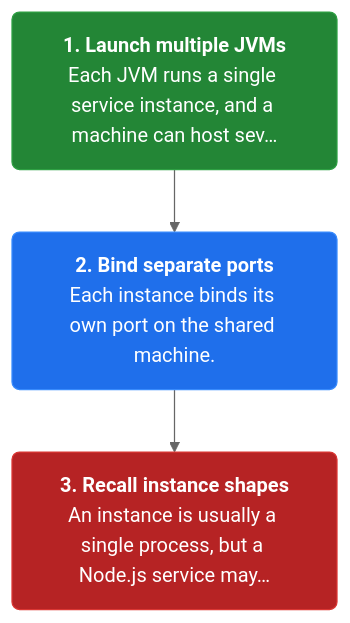
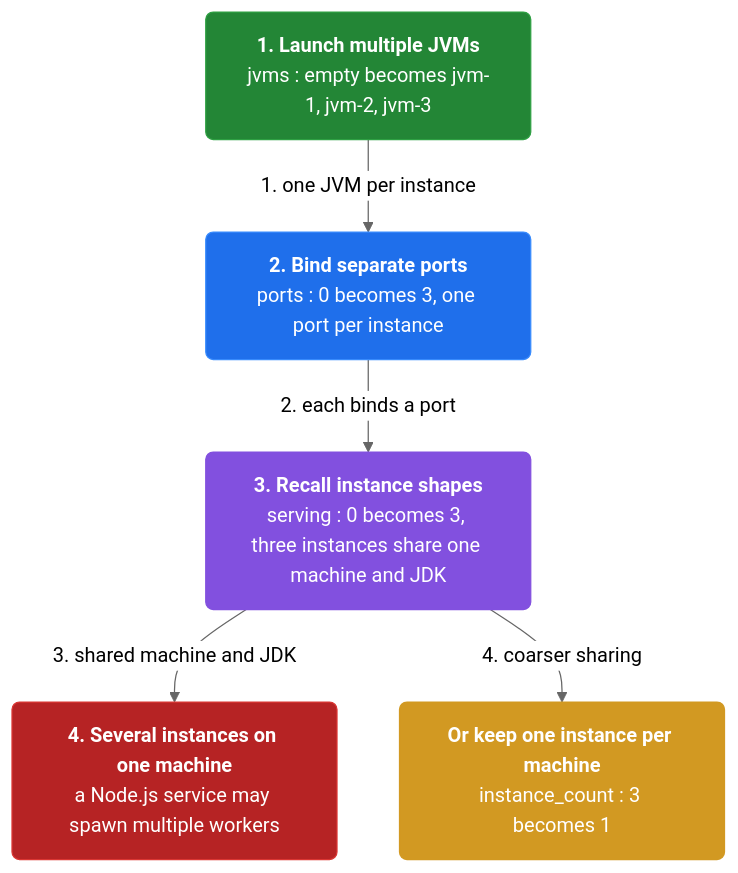
One commit to vinayakuber/microservices-io-study-guide changed the third of 4 diagrams in docs/ch39-language-specific-packaging-format.md. Above: the diagram before and after it, drawn with Mermaid (neutral theme). The commit also changed other lines of this file and 46 other files, not shown here.

First line of the commit message:
Author rich branching flow diagrams for all 44 chapters

````diff
--- a/docs/ch39-language-specific-packaging-format.md
+++ b/docs/ch39-language-specific-packaging-format.md
@@ -87,11 +100,17 @@
 ```mermaid
 flowchart TD
-  classDef step fill:#1f6feb,color:#ffffff,stroke:#388bfd,stroke-width:1px,rx:6
+  classDef step fill:#1f6feb,color:#ffffff,stroke:#388bfd,rx:6
+  classDef core fill:#8250df,color:#ffffff,stroke:#8250df,rx:6
+  classDef warn fill:#d29922,color:#ffffff,stroke:#d29922,rx:6
   classDef start fill:#238636,color:#ffffff,stroke:#2ea043,rx:6
   classDef stop fill:#b62324,color:#ffffff,stroke:#da3633,rx:6
-  s2n0["<b>1. Launch multiple JVMs</b><br/>Each JVM runs a single service instance, and a machine can host sev…"]:::start
-  s2n1["<b>2. Bind separate ports</b><br/>Each instance binds its own port on the shared machine."]:::step
-  s2n2["<b>3. Recall instance shapes</b><br/>An instance is usually a single process, but a Node.js service may…"]:::stop
-  s2n0 --> s2n1
-  s2n1 --> s2n2
+  n0["<b>1. Launch multiple JVMs</b><br/>jvms : empty becomes jvm-1, jvm-2, jvm-3"]:::start
+  n1["<b>2. Bind separate ports</b><br/>ports : 0 becomes 3, one port per instance"]:::step
+  n2["<b>3. Recall instance shapes</b><br/>serving : 0 becomes 3, three instances share one machine and JDK"]:::core
+  n3["<b>4. Several instances on one machine</b><br/>a Node.js service may spawn multiple workers"]:::stop
+  n4["<b>Or keep one instance per machine</b><br/>instance_count : 3 becomes 1"]:::warn
+  n0 -->|"1. one JVM per instance"| n1
+  n1 -->|"2. each binds a port"| n2
+  n2 -->|"3. shared machine and JDK"| n3
+  n2 -->|"4. coarser sharing"| n4
 ```
````
